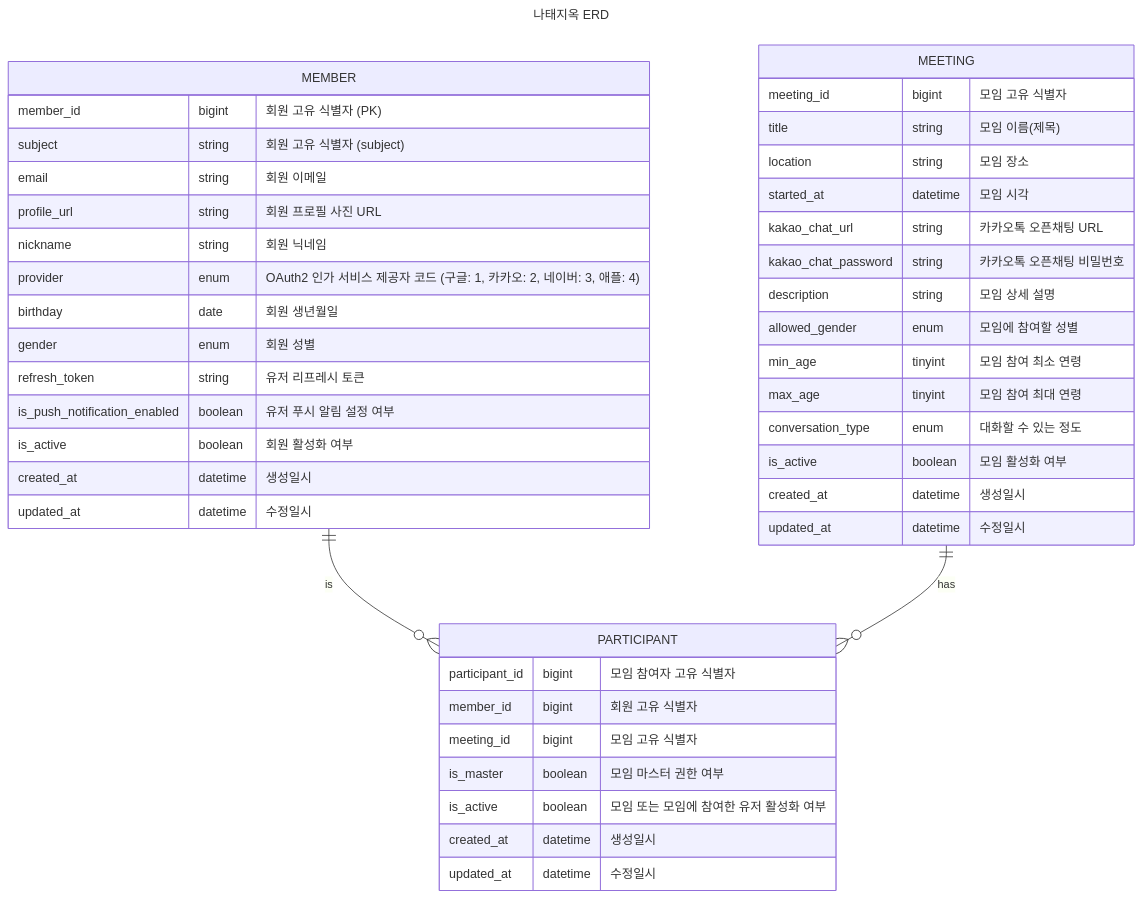
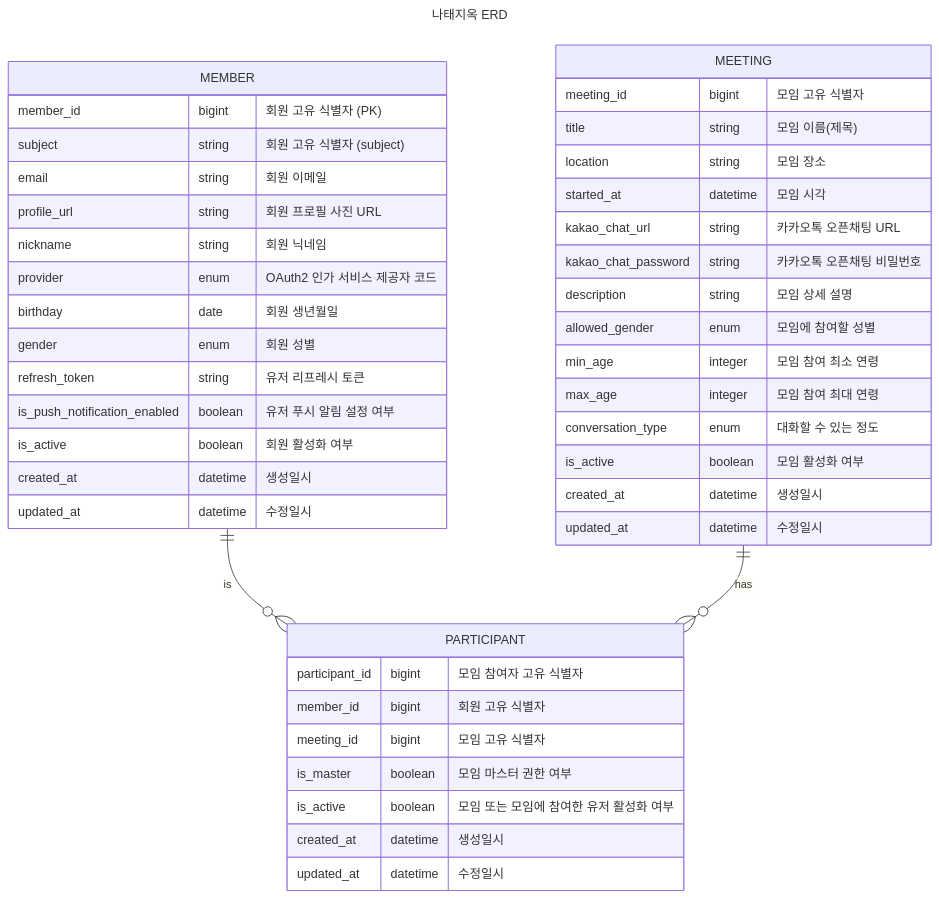
The diagram in README.md (sloth-hell/sloth-hell-api), drawn with Mermaid before and after one commit. The commit also changed 6 other files, not shown here.

First line of the commit message:
Modify min_age and max_age columns in meeting table to not null

````diff
--- a/README.md
+++ b/README.md
@@ -5,48 +5,48 @@
 ```mermaid
 ---
 title: 나태지옥 ERD
 ---
 erDiagram
     MEMBER ||--o{ PARTICIPANT : is
     MEMBER {
         member_id bigint "회원 고유 식별자 (PK)"
         subject string "회원 고유 식별자 (subject)"
         email string "회원 이메일"
         profile_url string "회원 프로필 사진 URL"
         nickname string "회원 닉네임"
-        provider enum "OAuth2 인가 서비스 제공자 코드 (구글: 1, 카카오: 2, 네이버: 3, 애플: 4)"
+        provider enum "OAuth2 인가 서비스 제공자 코드"
         birthday date "회원 생년월일"
         gender enum "회원 성별"
         refresh_token string "유저 리프레시 토큰"
         is_push_notification_enabled boolean "유저 푸시 알림 설정 여부"
         is_active boolean "회원 활성화 여부"
         created_at datetime "생성일시"
         updated_at datetime "수정일시"
     }
     MEETING ||--o{ PARTICIPANT : has
     MEETING {
         meeting_id bigint "모임 고유 식별자"
         title string "모임 이름(제목)"
         location string "모임 장소"
         started_at datetime "모임 시각"
         kakao_chat_url string "카카오톡 오픈채팅 URL"
         kakao_chat_password string "카카오톡 오픈채팅 비밀번호"
         description string "모임 상세 설명"
         allowed_gender enum "모임에 참여할 성별"
-        min_age tinyint "모임 참여 최소 연령"
-        max_age tinyint "모임 참여 최대 연령"
+        min_age integer "모임 참여 최소 연령"
+        max_age integer "모임 참여 최대 연령"
         conversation_type enum "대화할 수 있는 정도"
         is_active boolean "모임 활성화 여부"
         created_at datetime "생성일시"
         updated_at datetime "수정일시"
     }
     PARTICIPANT {
         participant_id bigint "모임 참여자 고유 식별자"
         member_id bigint "회원 고유 식별자"
         meeting_id bigint "모임 고유 식별자"
         is_master boolean "모임 마스터 권한 여부"
         is_active boolean "모임 또는 모임에 참여한 유저 활성화 여부"
         created_at datetime "생성일시"
         updated_at datetime "수정일시"
     }
 ```
````
